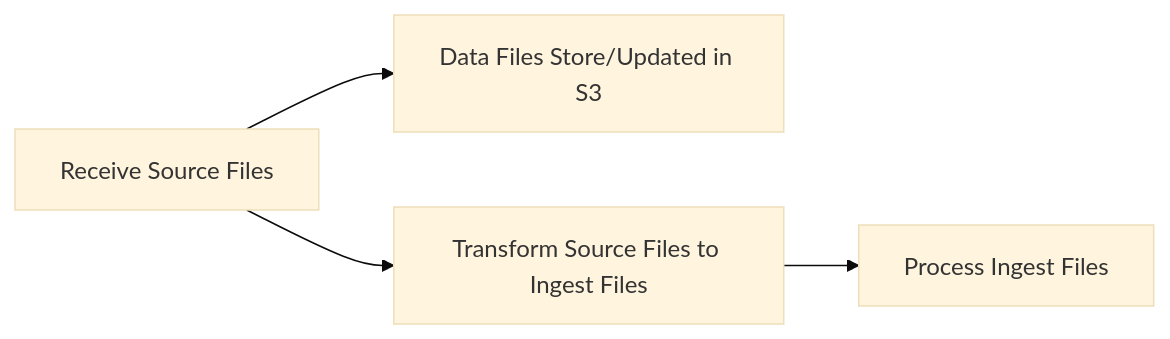
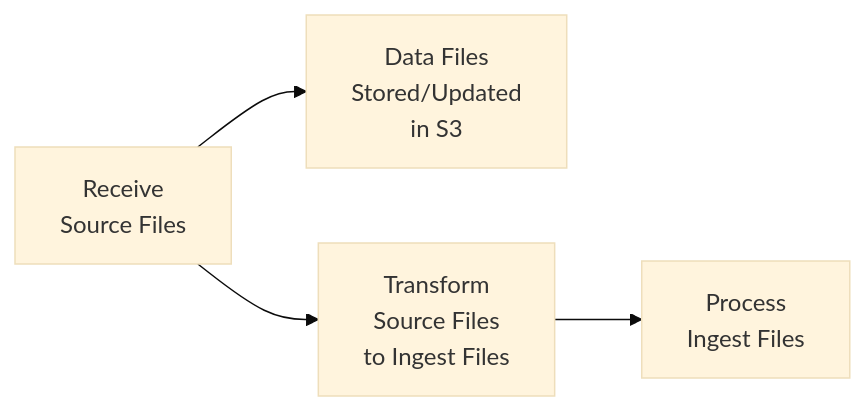
The diagram in sample_data/doc/gauging-data-notes-ii.md (NERC-CEH/fdri-discovery), drawn with Mermaid (base theme) before and after one commit. The commit also changed other lines of this file, not shown here.

````diff
--- a/sample_data/doc/gauging-data-notes-ii.md
+++ b/sample_data/doc/gauging-data-notes-ii.md
@@ -296,10 +303,16 @@
 ```mermaid
 flowchart LR
-rcv[Receive Source Files]
-store[Data Files Store/Updated in S3]
+rcv["Receive
+Source Files"]
+store["Data Files 
+Stored/Updated
+ in S3"]
 rcv --> store
-transform[Transform Source Files to Ingest Files]
+transform["Transform
+ Source Files
+ to Ingest Files"]
 rcv --> transform
-ingest[Process Ingest Files]
+ingest["Process
+ Ingest Files"]
 transform --> ingest
 ```
````
